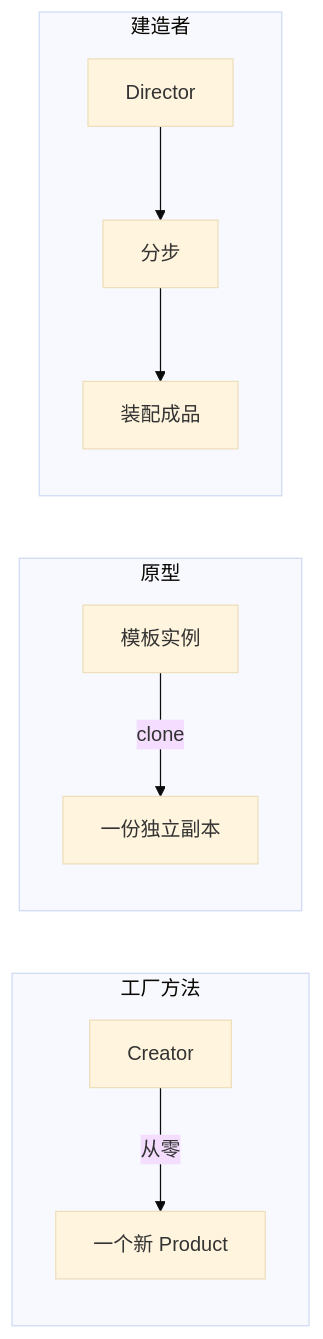
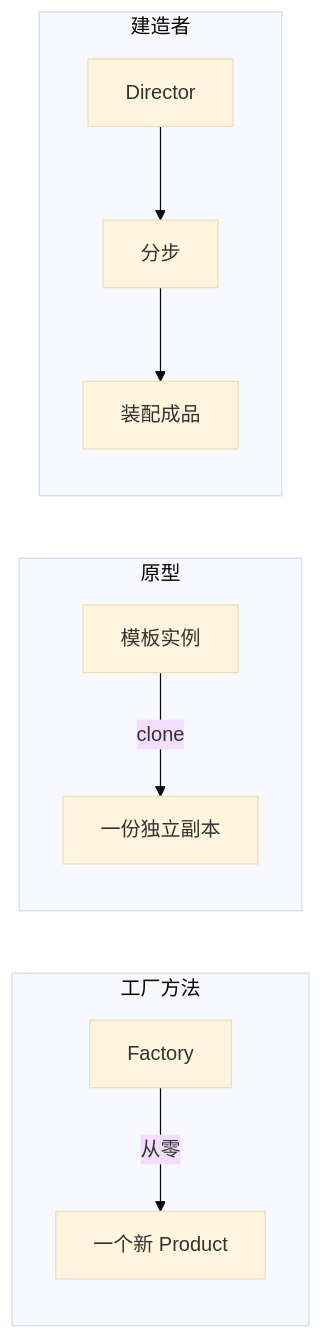
Before and after one commit to zackdlut/design_pattern: the ninth of 9 diagrams in docs/creational/prototype.md, drawn with Mermaid (base theme). The commit also changed other lines of this file and 12 other files, not shown here.

````diff
--- a/docs/creational/prototype.md
+++ b/docs/creational/prototype.md
@@ -366,13 +366,13 @@
 ```mermaid
 flowchart LR
   subgraph FM[工厂方法]
-    C1[Creator] -->|从零| P1[一个新 Product]
+    C1[Factory] -->|从零| P1[一个新 Product]
   end
   subgraph PR[原型]
     T[模板实例] -->|clone| P2[一份独立副本]
   end
   subgraph BD[建造者]
     D[Director] --> S[分步]
     S --> H[装配成品]
   end
 ```
````
